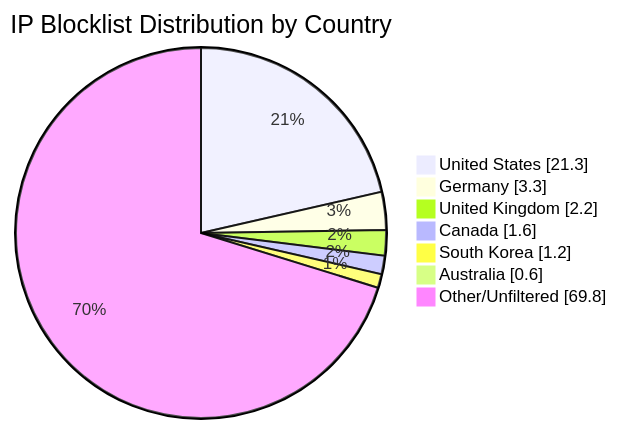
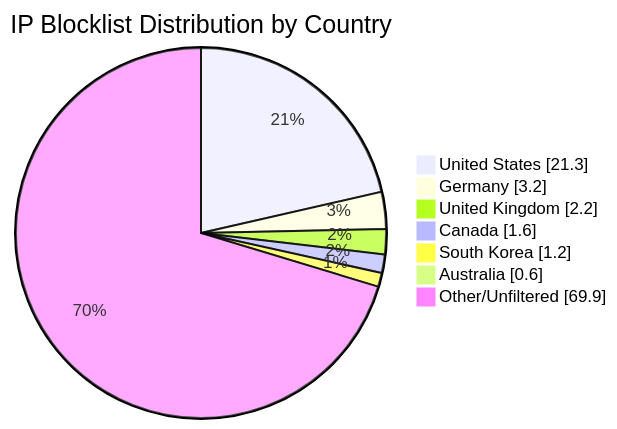
The diagram in README.md (MarcusHoltz/ipblocklist-geofiltered-aggregator), drawn with Mermaid before and after one commit. The commit also changed other lines of this file and 9 other files, not shown here.

````diff
--- a/README.md
+++ b/README.md
@@ -34,10 +34,10 @@
 ```mermaid
 pie showData title IP Blocklist Distribution by Country
 "United States" : 21.3
-"Germany" : 3.3
+"Germany" : 3.2
 "United Kingdom" : 2.2
 "Canada" : 1.6
 "South Korea" : 1.2
 "Australia" : 0.6
-"Other/Unfiltered" : 69.8
+"Other/Unfiltered" : 69.9
 ```
````
